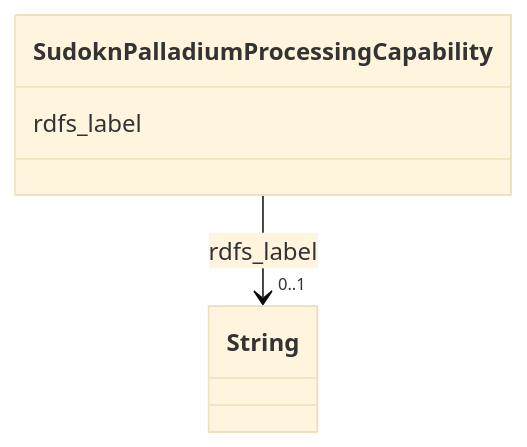
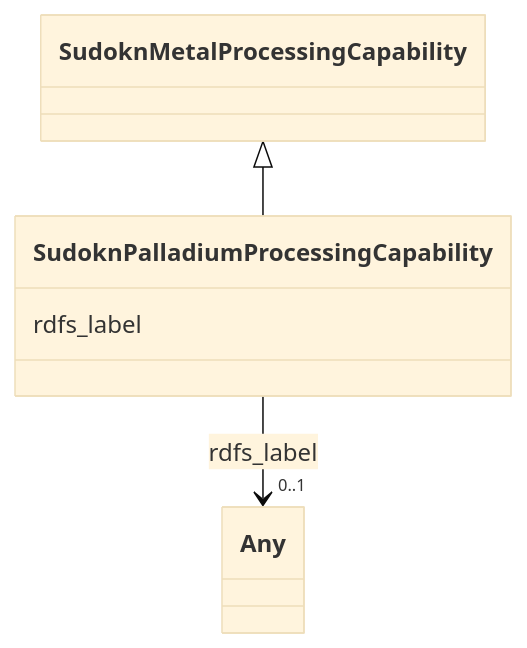
Before and after one commit to frink-okn/graph-descriptions: the diagram in sudokn-kg/classes/SudoknPalladiumProcessingCapability.md, drawn with Mermaid (base theme). The commit also changed other lines of this file and 903 other files, not shown here.

````diff
--- a/sudokn-kg/classes/SudoknPalladiumProcessingCapability.md
+++ b/sudokn-kg/classes/SudoknPalladiumProcessingCapability.md
@@ -23,15 +18,18 @@
 ```mermaid
  classDiagram
     class SudoknPalladiumProcessingCapability
     click SudoknPalladiumProcessingCapability href "../SudoknPalladiumProcessingCapability"
+      SudoknMetalProcessingCapability <|-- SudoknPalladiumProcessingCapability
+        click SudoknMetalProcessingCapability href "../SudoknMetalProcessingCapability"
+      
       SudoknPalladiumProcessingCapability : rdfs_label
         
           
     
     
-    SudoknPalladiumProcessingCapability --> "0..1" String : rdfs_label
-    click String href "../String"
+    SudoknPalladiumProcessingCapability --> "0..1" Any : rdfs_label
+    click Any href "../Any"
 
         
       
 ```
````
